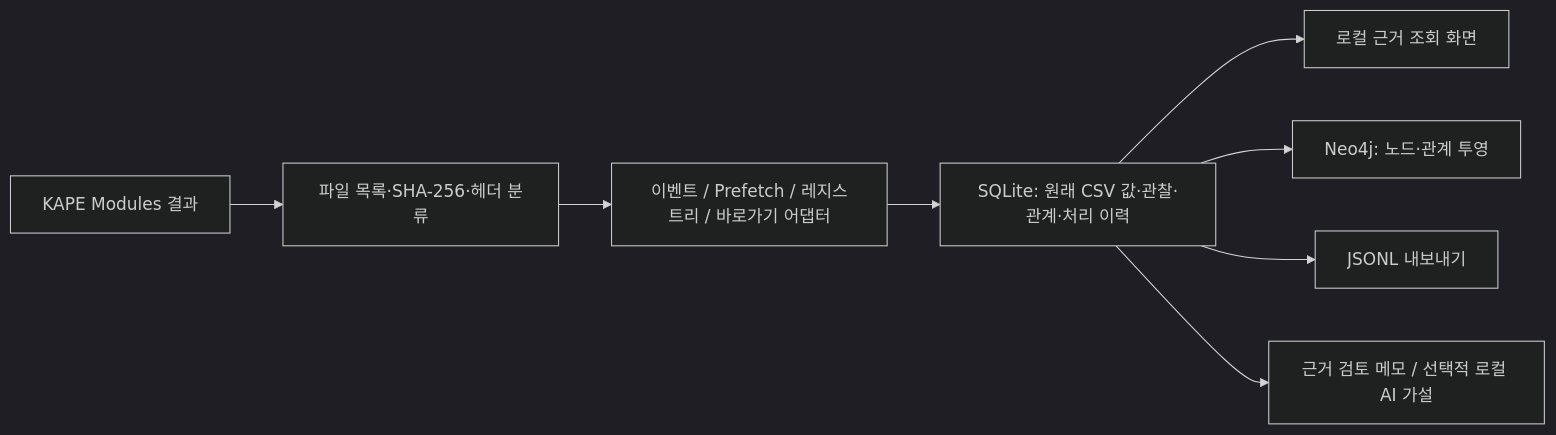
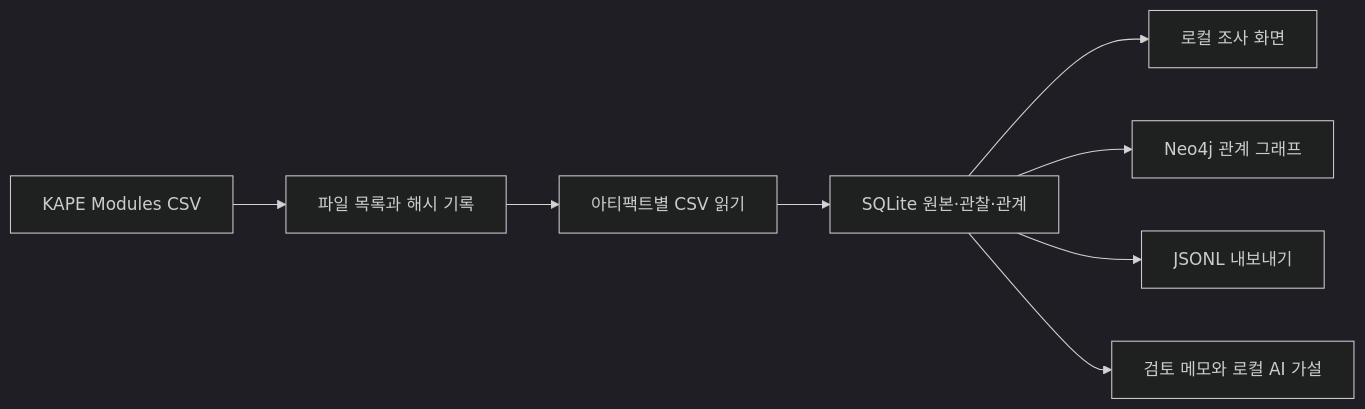
The diagram in docs/USAGE.md (acvbbnm/dfir), drawn with Mermaid (dark theme) before and after one commit. The commit also changed other lines of this file and 7 other files, not shown here.

````diff
--- a/docs/USAGE.md
+++ b/docs/USAGE.md
@@ -23,10 +23,10 @@
 ```mermaid
 flowchart LR
-    A[KAPE Modules 결과] --> B[파일 목록·SHA-256·헤더 분류]
-    B --> C[이벤트 / Prefetch / 레지스트리 / 바로가기 어댑터]
-    C --> D[SQLite: 원래 CSV 값·관찰·관계·처리 이력]
-    D --> E[로컬 근거 조회 화면]
-    D --> F[Neo4j: 노드·관계 투영]
-    D --> G[JSONL 내보내기]
-    D --> H[근거 검토 메모 / 선택적 로컬 AI 가설]
+    A["KAPE Modules CSV"] --> B["파일 목록과 해시 기록"]
+    B --> C["아티팩트별 CSV 읽기"]
+    C --> D["SQLite 원본·관찰·관계"]
+    D --> E["로컬 조사 화면"]
+    D --> F["Neo4j 관계 그래프"]
+    D --> G["JSONL 내보내기"]
+    D --> H["검토 메모와 로컬 AI 가설"]
 ```
````
